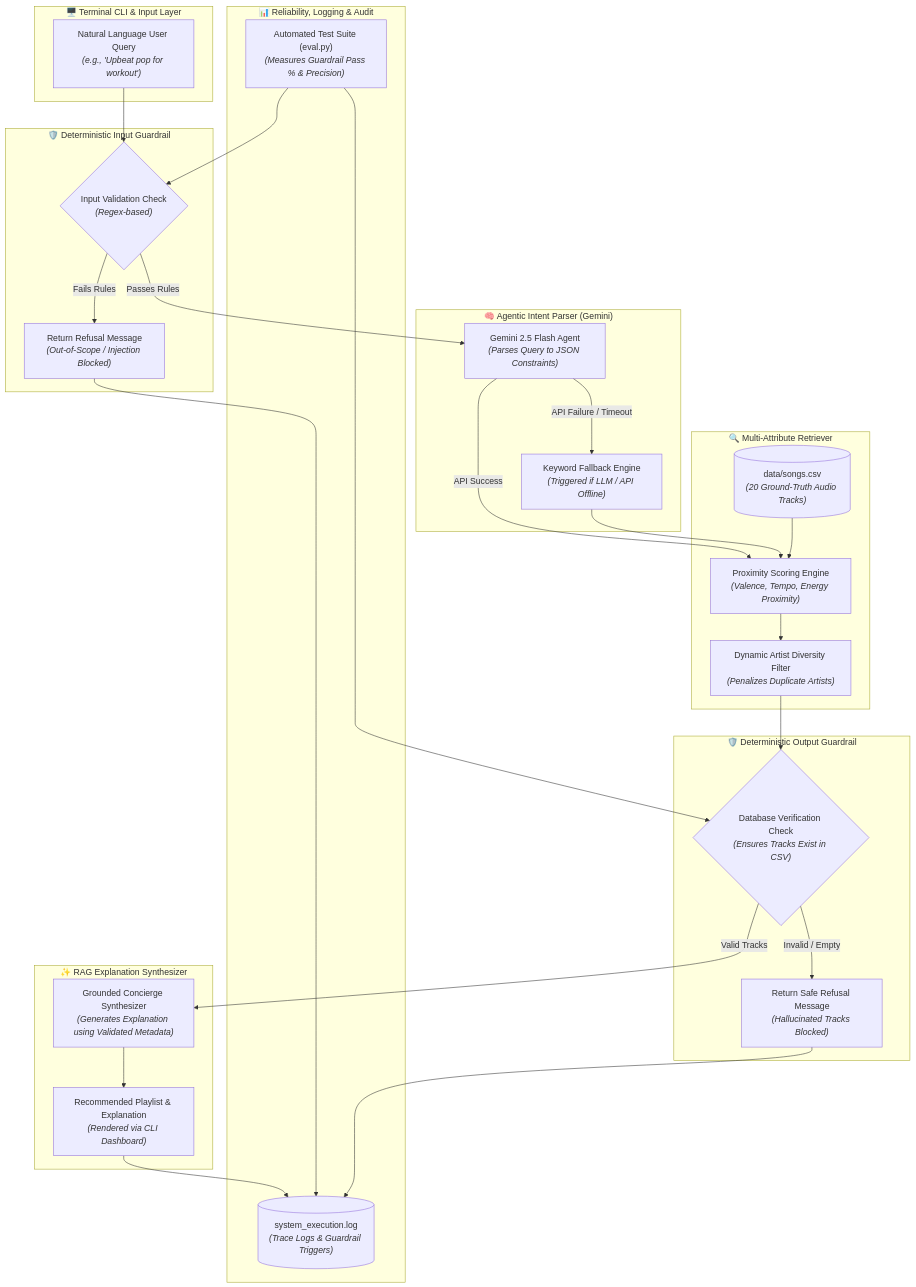
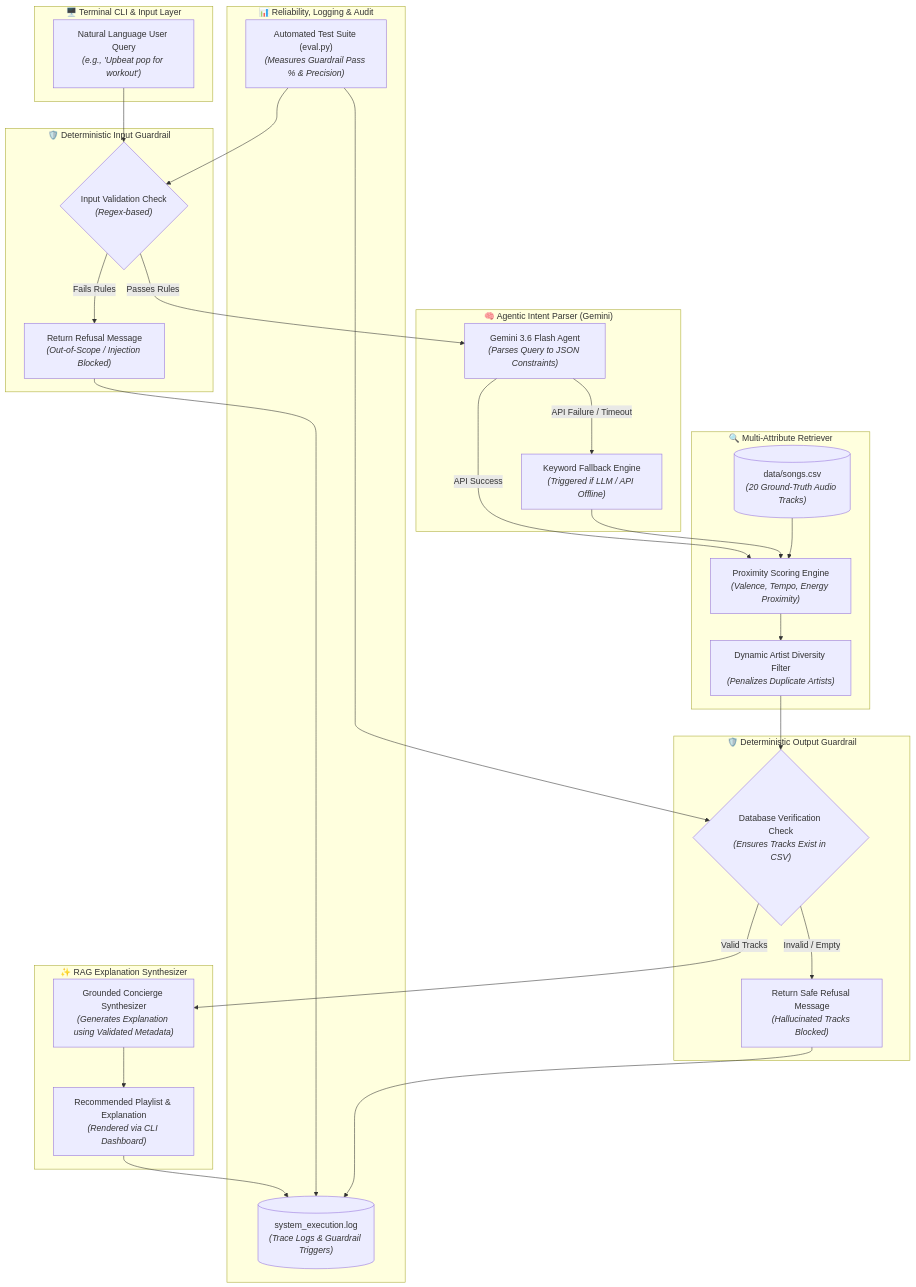
One commit to Ibraderoro/applied-ai-music-recommender changed the diagram in README.md. Above: the diagram before and after it, drawn with Mermaid. The commit also changed other lines of this file and 1 other file, not shown here.

Commit message:
docs: update README.md & model_card

````diff
--- a/README.md
+++ b/README.md
@@ -25,59 +25,59 @@
 ```mermaid
 flowchart TD
     subgraph Client ["🖥️ Terminal CLI & Input Layer"]
         UserQuery["Natural Language User Query<br/><i>(e.g., 'Upbeat pop for workout')</i>"]
     end
 
     subgraph InputSecurity ["🛡️ Deterministic Input Guardrail"]
         InputCheck{"Input Validation Check<br/><i>(Regex-based)</i>"}
         RefusalInput["Return Refusal Message<br/><i>(Out-of-Scope / Injection Blocked)</i>"]
     end
 
     subgraph AgenticPipeline ["🧠 Agentic Intent Parser (Gemini)"]
-        GeminiAgent["Gemini 2.5 Flash Agent<br/><i>(Parses Query to JSON Constraints)</i>"]
+        GeminiAgent["Gemini 3.6 Flash Agent<br/><i>(Parses Query to JSON Constraints)</i>"]
         FallbackExtractor["Keyword Fallback Engine<br/><i>(Triggered if LLM / API Offline)</i>"]
     end
 
     subgraph RetrievalEngine ["🔍 Multi-Attribute Retriever"]
         Database[("data/songs.csv<br/><i>(20 Ground-Truth Audio Tracks)</i>")]
         Scorer["Proximity Scoring Engine<br/><i>(Valence, Tempo, Energy Proximity)</i>"]
         DiversityFilter["Dynamic Artist Diversity Filter<br/><i>(Penalizes Duplicate Artists)</i>"]
     end
 
     subgraph OutputSecurity ["🛡️ Deterministic Output Guardrail"]
         OutputCheck{"Database Verification Check<br/><i>(Ensures Tracks Exist in CSV)</i>"}
         RefusalOutput["Return Safe Refusal Message<br/><i>(Hallucinated Tracks Blocked)</i>"]
     end
 
     subgraph ConciergeSynthesis ["✨ RAG Explanation Synthesizer"]
         RAGSynthesizer["Grounded Concierge Synthesizer<br/><i>(Generates Explanation using Validated Metadata)</i>"]
         FinalDisplay["Recommended Playlist & Explanation<br/><i>(Rendered via CLI Dashboard)</i>"]
     end
 
     subgraph TestingAudit ["📊 Reliability, Logging & Audit"]
         ExecLog[("system_execution.log<br/><i>(Trace Logs & Guardrail Triggers)</i>")]
         AutomatedEval["Automated Test Suite (eval.py)<br/><i>(Measures Guardrail Pass % & Precision)</i>"]
     end
 
     UserQuery --> InputCheck
     InputCheck -- "Fails Rules" --> RefusalInput
     InputCheck -- "Passes Rules" --> GeminiAgent
 
     GeminiAgent -- "API Success" --> Scorer
     GeminiAgent -- "API Failure / Timeout" --> FallbackExtractor
     FallbackExtractor --> Scorer
 
     Database --> Scorer
     Scorer --> DiversityFilter
     DiversityFilter --> OutputCheck
 
     OutputCheck -- "Invalid / Empty" --> RefusalOutput
     OutputCheck -- "Valid Tracks" --> RAGSynthesizer
 
     RAGSynthesizer --> FinalDisplay
     FinalDisplay --> ExecLog
     RefusalInput --> ExecLog
     RefusalOutput --> ExecLog
     AutomatedEval --> InputCheck
     AutomatedEval --> OutputCheck
 ```
````
